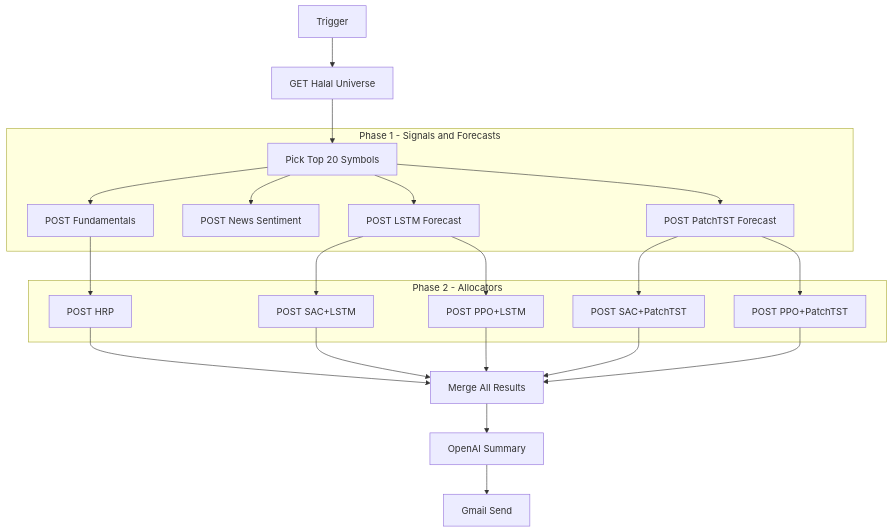
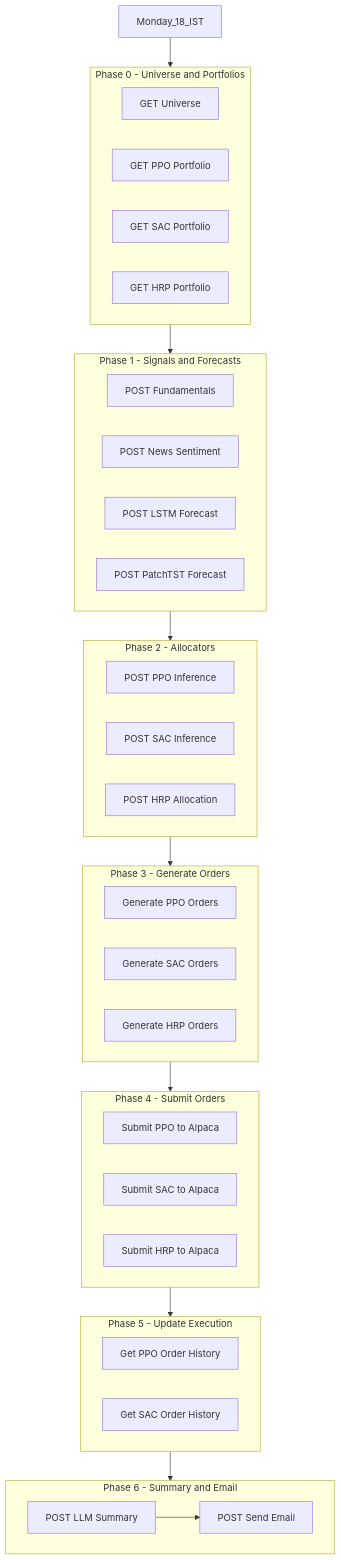
One commit to hajirazin/LearnFinance-2025 changed the third of 4 diagrams in README.md. Above: the diagram before and after it, drawn with Mermaid. The commit also changed other lines of this file and 2 other files, not shown here.

````diff
--- a/README.md
+++ b/README.md
@@ -212,29 +248,58 @@
 ```mermaid
 flowchart TD
-    Trigger[Trigger] --> GetUniverse[GET Halal Universe]
-    GetUniverse --> PickSymbols[Pick Top 20 Symbols]
-    
+    Trigger[Monday_18_IST] --> Phase0
+
+    subgraph Phase0[Phase 0 - Universe and Portfolios]
+        GetUniverse[GET Universe]
+        GetPPO[GET PPO Portfolio]
+        GetSAC[GET SAC Portfolio]
+        GetHRP[GET HRP Portfolio]
+    end
+
+    Phase0 --> Phase1
+
     subgraph Phase1[Phase 1 - Signals and Forecasts]
-        PickSymbols --> Fundamentals[POST Fundamentals]
-        PickSymbols --> NewsSentiment[POST News Sentiment]
-        PickSymbols --> LSTMForecast[POST LSTM Forecast]
-        PickSymbols --> PatchTSTForecast[POST PatchTST Forecast]
+        Fundamentals[POST Fundamentals]
+        NewsSentiment[POST News Sentiment]
+        LSTMForecast[POST LSTM Forecast]
+        PatchTSTForecast[POST PatchTST Forecast]
     end
-    
+
+    Phase1 --> Phase2
+
     subgraph Phase2[Phase 2 - Allocators]
-        LSTMForecast --> SAC_LSTM[POST SAC+LSTM]
-        LSTMForecast --> PPO_LSTM[POST PPO+LSTM]
-        PatchTSTForecast --> SAC_PatchTST[POST SAC+PatchTST]
-        PatchTSTForecast --> PPO_PatchTST[POST PPO+PatchTST]
-        Fundamentals --> HRP[POST HRP]
+        PPO[POST PPO Inference]
+        SAC[POST SAC Inference]
+        HRP[POST HRP Allocation]
     end
-    
-    SAC_LSTM --> MergeAll[Merge All Results]
-    SAC_PatchTST --> MergeAll
-    PPO_LSTM --> MergeAll
-    PPO_PatchTST --> MergeAll
-    HRP --> MergeAll
-    
-    MergeAll --> OpenAI[OpenAI Summary]
-    OpenAI --> Email[Gmail Send]
+
+    Phase2 --> Phase3
+
+    subgraph Phase3[Phase 3 - Generate Orders]
+        OrdersPPO[Generate PPO Orders]
+        OrdersSAC[Generate SAC Orders]
+        OrdersHRP[Generate HRP Orders]
+    end
+
+    Phase3 --> Phase4
+
+    subgraph Phase4[Phase 4 - Submit Orders]
+        SubmitPPO[Submit PPO to Alpaca]
+        SubmitSAC[Submit SAC to Alpaca]
+        SubmitHRP[Submit HRP to Alpaca]
+    end
+
+    Phase4 --> Phase5
+
+    subgraph Phase5[Phase 5 - Update Execution]
+        HistoryPPO[Get PPO Order History]
+        HistorySAC[Get SAC Order History]
+    end
+
+    Phase5 --> Phase6
+
+    subgraph Phase6[Phase 6 - Summary and Email]
+        Summary[POST LLM Summary]
+        Summary --> SendEmail[POST Send Email]
+    end
 ```
````
